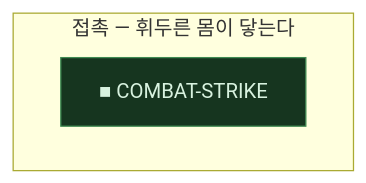
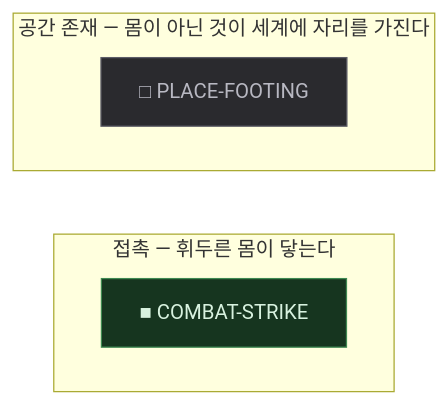
Diagram 12 of 17 in HktAdvProtoH/content/proto-adventure/master/graph/GRAPH.md (dkwkekzz/HktFramework), drawn with Mermaid before and after one commit. The commit also changed other lines of this file and 16 other files, not shown here.

````diff
--- a/HktAdvProtoH/content/proto-adventure/master/graph/GRAPH.md
+++ b/HktAdvProtoH/content/proto-adventure/master/graph/GRAPH.md
@@ -497,14 +507,19 @@
 ```mermaid
 flowchart TB
+  subgraph SEG2 ["공간 존재 — 몸이 아닌 것이 세계에 자리를 가진다"]
+    N0["□ PLACE-FOOTING"]
+  end
   subgraph SEG5 ["접촉 — 휘두른 몸이 닿는다"]
-    N0["■ COMBAT-STRIKE"]
+    N1["■ COMBAT-STRIKE"]
   end
+  SEG2 ~~~ SEG5
 
   classDef impl fill:#16351f,stroke:#3f8a52,color:#d8f2df;
   classDef part fill:#3a3315,stroke:#9a8a2e,color:#f2ecd0;
   classDef miss fill:#2a2a2e,stroke:#5c5c66,color:#b8b8c2;
   classDef implS fill:#16351f,stroke:#3f8a52,color:#d8f2df,stroke-dasharray:5 4;
   classDef partS fill:#3a3315,stroke:#9a8a2e,color:#f2ecd0,stroke-dasharray:5 4;
   classDef missS fill:#2a2a2e,stroke:#5c5c66,color:#b8b8c2,stroke-dasharray:5 4;
-  class N0 impl;
+  class N1 impl;
+  class N0 miss;
 ```
````
